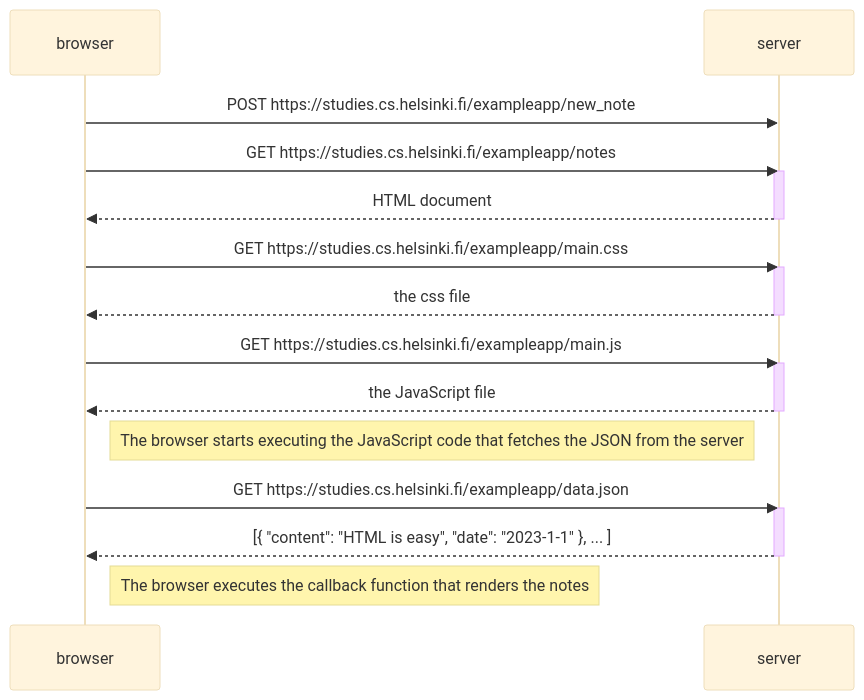
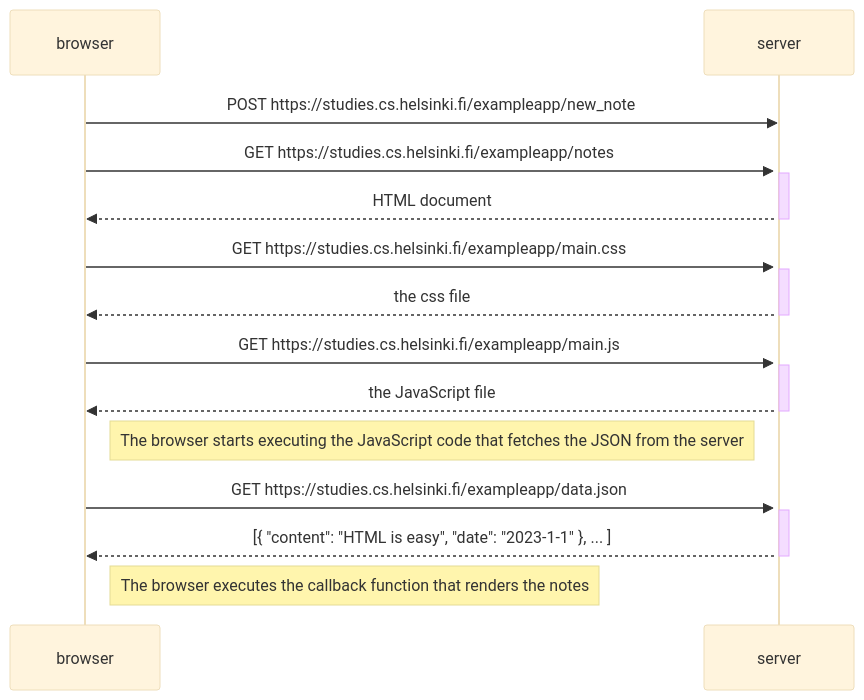
The diagram in part-0/0.4.md (Giuva-Sergi/full-stack-open), drawn with Mermaid (base theme) before and after one commit.

````diff
--- a/part-0/0.4.md
+++ b/part-0/0.4.md
@@ -1,30 +1,31 @@
 ```mermaid
 sequenceDiagram
     participant browser
     participant server
 
     browser->>server: POST https://studies.cs.helsinki.fi/exampleapp/new_note
+activate server
     browser->>server: GET https://studies.cs.helsinki.fi/exampleapp/notes
     activate server
     server-->>browser: HTML document
     deactivate server
 
     browser->>server: GET https://studies.cs.helsinki.fi/exampleapp/main.css
     activate server
     server-->>browser: the css file
     deactivate server
 
     browser->>server: GET https://studies.cs.helsinki.fi/exampleapp/main.js
     activate server
     server-->>browser: the JavaScript file
     deactivate server
 
     Note right of browser: The browser starts executing the JavaScript code that fetches the JSON from the server
 
     browser->>server: GET https://studies.cs.helsinki.fi/exampleapp/data.json
     activate server
     server-->>browser: [{ "content": "HTML is easy", "date": "2023-1-1" }, ... ]
     deactivate server
 
     Note right of browser: The browser executes the callback function that renders the notes
 ```
````
